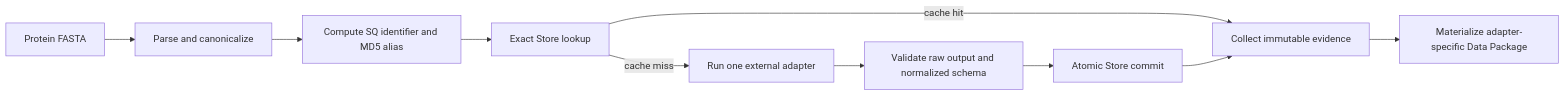
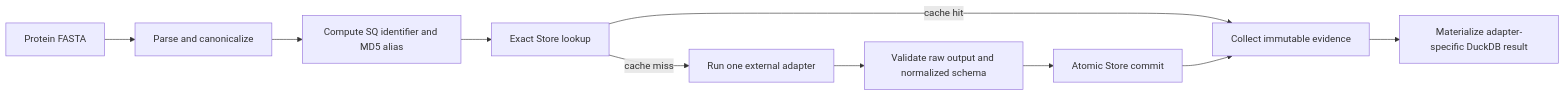
One commit to FuqingZh/seqevi changed the first of 3 diagrams in docs/architecture/20260720-v1.0-seqevi-architecture.md. Above: the diagram before and after it, drawn with Mermaid. The commit also changed other lines of this file and 46 other files, not shown here.

First line of the commit message:
feat: add DuckDB results and dbCAN adapter (#9)

````diff
--- a/docs/architecture/20260720-v1.0-seqevi-architecture.md
+++ b/docs/architecture/20260720-v1.0-seqevi-architecture.md
@@ -46,12 +51,12 @@
 ```mermaid
 flowchart LR
     A["Protein FASTA"] --> B["Parse and canonicalize"]
     B --> C["Compute SQ identifier and MD5 alias"]
     C --> D["Exact Store lookup"]
     D -->|"cache hit"| H["Collect immutable evidence"]
     D -->|"cache miss"| E["Run one external adapter"]
     E --> F["Validate raw output and normalized schema"]
     F --> G["Atomic Store commit"]
     G --> H
-    H --> I["Materialize adapter-specific Data Package"]
+    H --> I["Materialize adapter-specific DuckDB result"]
 ```
````
